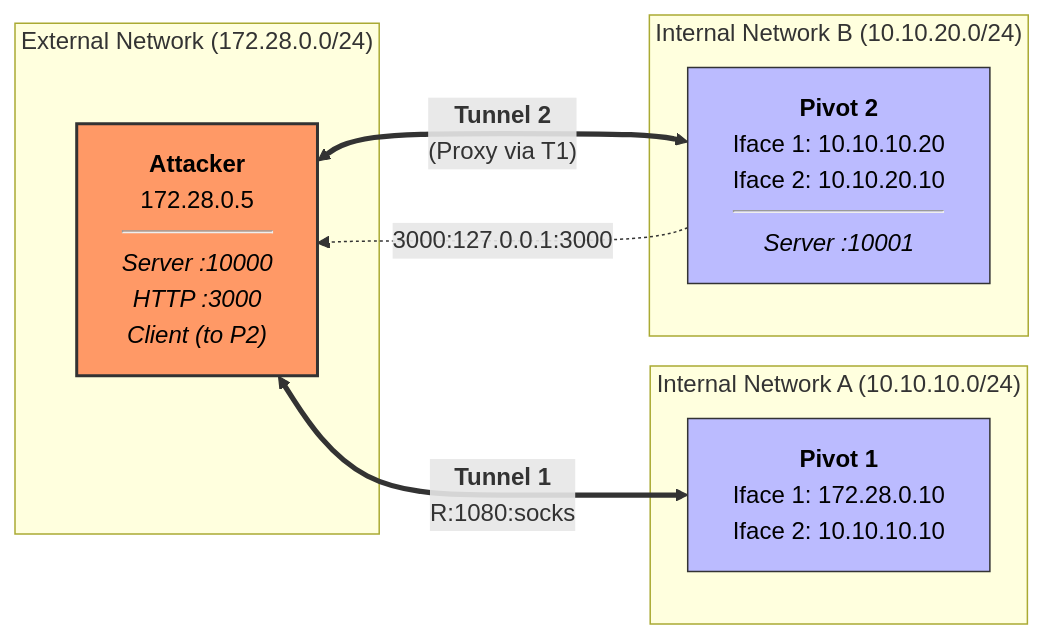
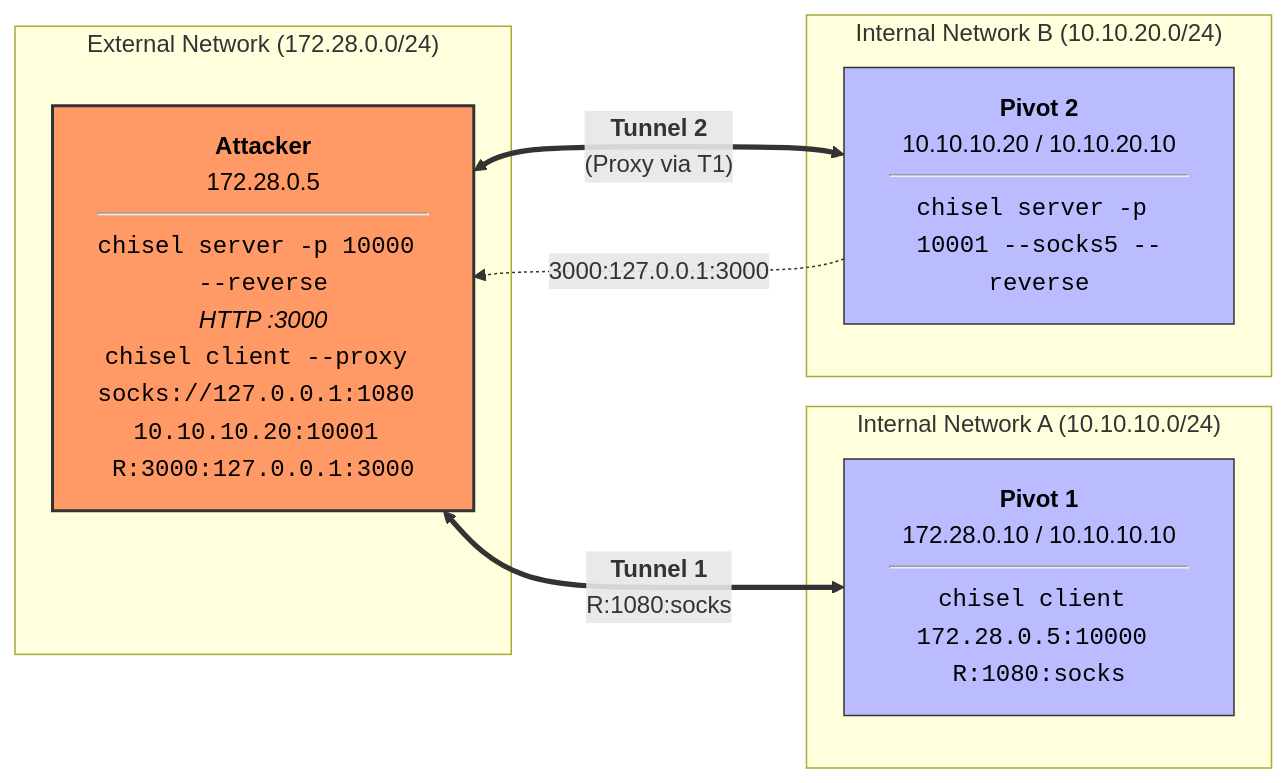
One commit to remiotore/pivoting-with-chisel-lab changed the fifth of 6 diagrams in README.md. Above: the diagram before and after it, drawn with Mermaid. The commit also changed other lines of this file, not shown here.

Commit message:
Included commands in mermaid graph

````diff
--- a/README.md
+++ b/README.md
@@ -276,24 +276,24 @@
 ```mermaid
 %%{init: {'themeVariables': { 'primaryTextColor': '#000', 'secondaryTextColor': '#000', 'tertiaryTextColor': '#000' }}}%%
 graph LR
     subgraph "External Network (172.28.0.0/24)"
-        A["<b>Attacker</b><br/>172.28.0.5<br/><hr/><i>Server :10000</i><br/><i>HTTP :3000</i><br/><i>Client (to P2)</i>"]
+        A["<b>Attacker</b><br/>172.28.0.5<br/><hr/><code>chisel server -p 10000 --reverse</code><br/><i>HTTP :3000</i><br/><code>chisel client --proxy socks://127.0.0.1:1080 10.10.10.20:10001 R:3000:127.0.0.1:3000</code>"]
     end
 
     subgraph "Internal Network A (10.10.10.0/24)"
-        P1["<b>Pivot 1</b><br/>Iface 1: 172.28.0.10<br/>Iface 2: 10.10.10.10"]
+        P1["<b>Pivot 1</b><br/>172.28.0.10 / 10.10.10.10<br/><hr/><code>chisel client 172.28.0.5:10000 R:1080:socks</code>"]
     end
 
     subgraph "Internal Network B (10.10.20.0/24)"
-        P2["<b>Pivot 2</b><br/>Iface 1: 10.10.10.20<br/>Iface 2: 10.10.20.10<br/><hr/><i>Server :10001</i>"]
+        P2["<b>Pivot 2</b><br/>10.10.10.20 / 10.10.20.10<br/><hr/><code>chisel server -p 10001 --socks5 --reverse</code>"]
     end
 
     A <== "<b>Tunnel 1</b><br/>R:1080:socks" ==> P1
     A <== "<b>Tunnel 2</b><br/>(Proxy via T1)" ==> P2
     
     P2 -. "3000:127.0.0.1:3000" .-> A
 
     style A fill:#f96,stroke:#333,stroke-width:2px,color:#000
     style P1 fill:#bbf,stroke:#333,color:#000
     style P2 fill:#bbf,stroke:#333,color:#000
 ```
````
